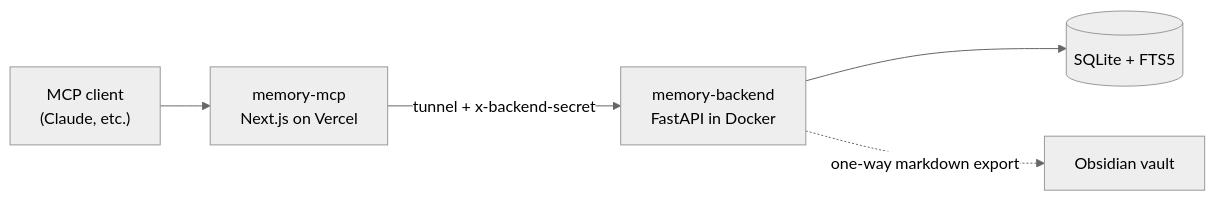
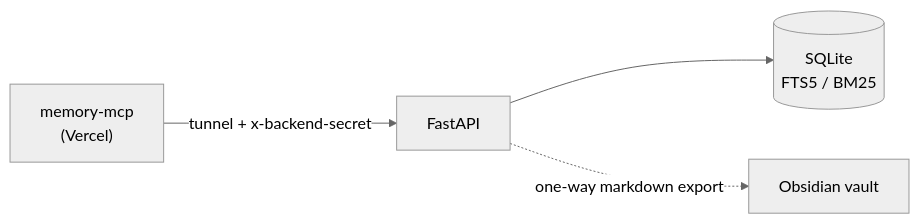
Before and after one commit to hitrohitro/memory-backend: the diagram in README.md, drawn with Mermaid (neutral theme). The commit also changed other lines of this file, not shown here.

````diff
--- a/README.md
+++ b/README.md
@@ -9,7 +5,6 @@
 ```mermaid
 flowchart LR
-    C["MCP client<br/>(Claude, etc.)"] --> V["memory-mcp<br/>Next.js on Vercel"]
-    V -->|"tunnel + x-backend-secret"| B["memory-backend<br/>FastAPI in Docker"]
-    B --> D[("SQLite + FTS5")]
-    B -.->|"one-way markdown export"| O["Obsidian vault"]
+    F["memory-mcp<br/>(Vercel)"] -->|"tunnel + x-backend-secret"| A["FastAPI"]
+    A --> D[("SQLite<br/>FTS5 / BM25")]
+    A -.->|"one-way markdown export"| O["Obsidian vault"]
 ```
````
